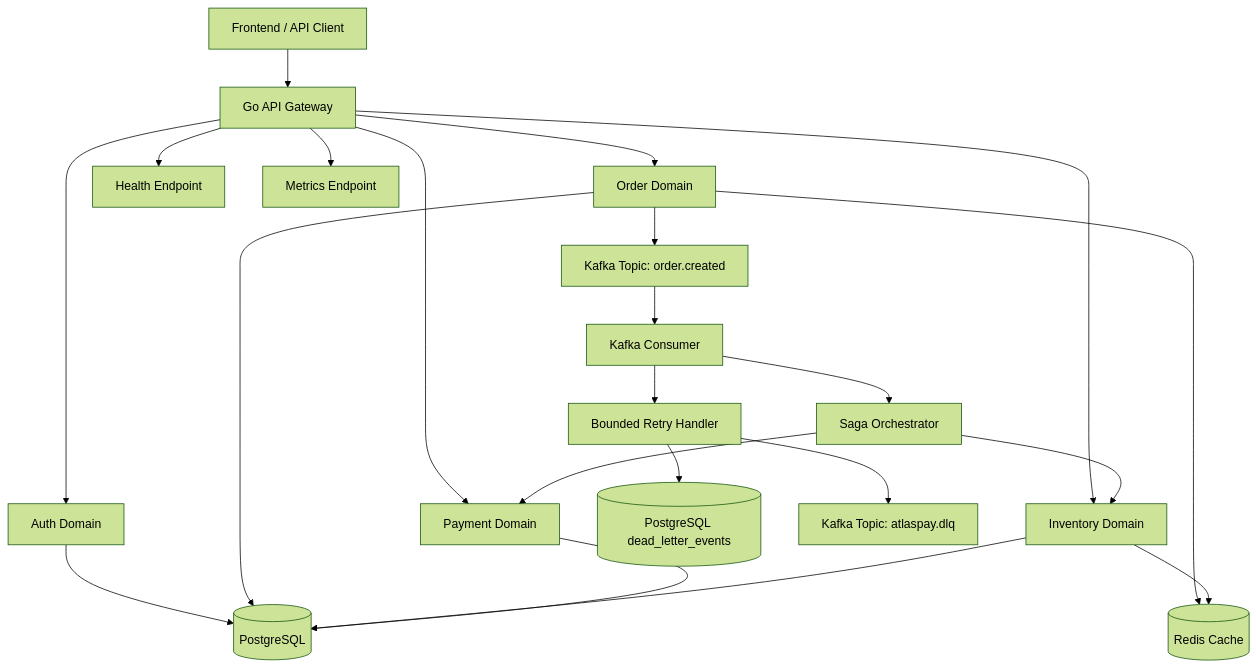
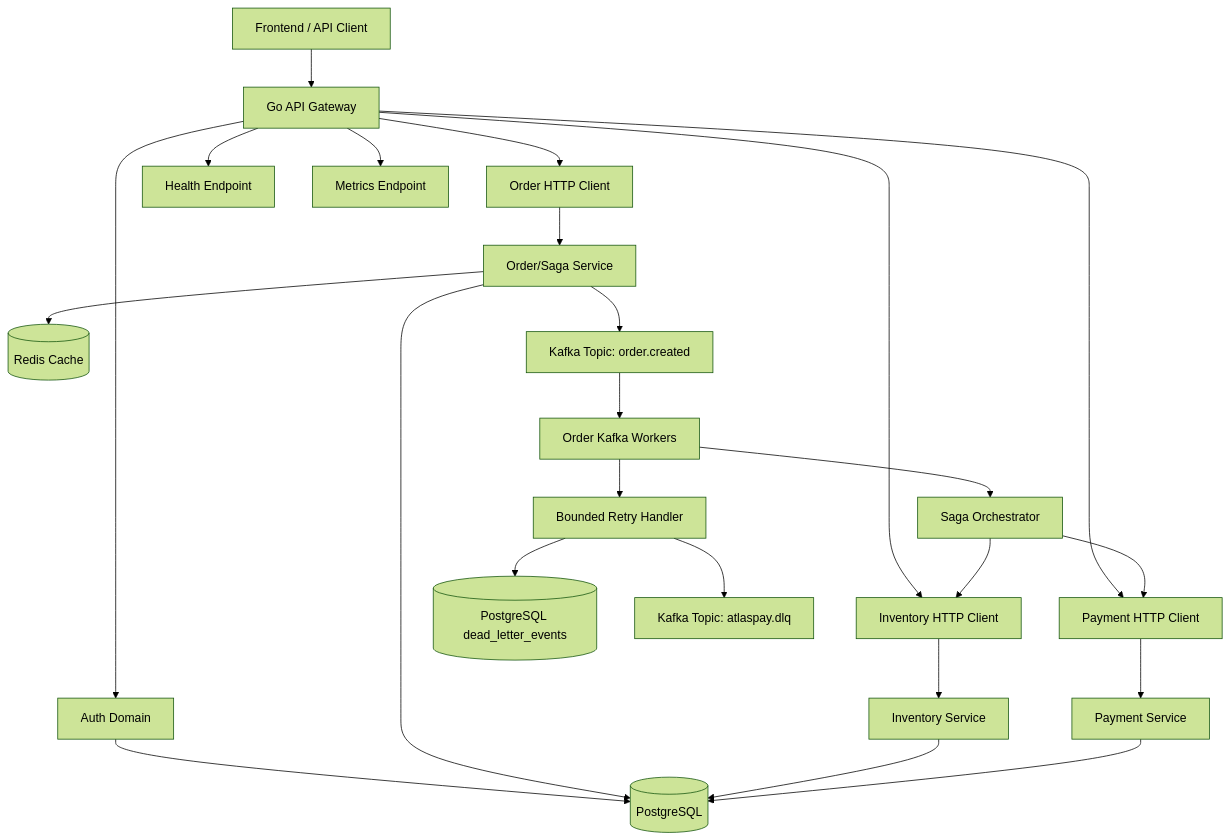
One commit to Falcon-J/AtlasPay changed the first of 2 diagrams in README.md. Above: the diagram before and after it, drawn with Mermaid (forest theme). The commit also changed other lines of this file and 8 other files, not shown here.

Commit message:
docs: document checkout architecture and validation limits

````diff
--- a/README.md
+++ b/README.md
@@ -35,31 +46,33 @@
 ```mermaid
 flowchart TD
     A[Frontend / API Client] --> B[Go API Gateway]
 
     B --> C[Auth Domain]
-    B --> D[Order Domain]
-    B --> E[Inventory Domain]
-    B --> F[Payment Domain]
+    B --> D[Order HTTP Client]
+    B --> E[Inventory HTTP Client]
+    B --> F[Payment HTTP Client]
+    F --> P[Payment Service]
+    E --> I[Inventory Service]
+    D --> O[Order/Saga Service]
 
     C --> DB[(PostgreSQL)]
-    D --> DB
-    E --> DB
-    F --> DB
+    O --> DB
+    I --> DB
+    P --> DB
 
-    D --> R[(Redis Cache)]
-    E --> R
+    O --> R[(Redis Cache)]
 
-    D --> K[Kafka Topic: order.created]
-    K --> W[Kafka Consumer]
+    O --> K[Kafka Topic: order.created]
+    K --> W[Order Kafka Workers]
     W --> S[Saga Orchestrator]
 
     S --> E
     S --> F
 
     W --> Retry[Bounded Retry Handler]
     Retry --> DLQDB[(PostgreSQL dead_letter_events)]
     Retry --> DLQK[Kafka Topic: atlaspay.dlq]
 
     B --> H[Health Endpoint]
     B --> M[Metrics Endpoint]
 ```
````
